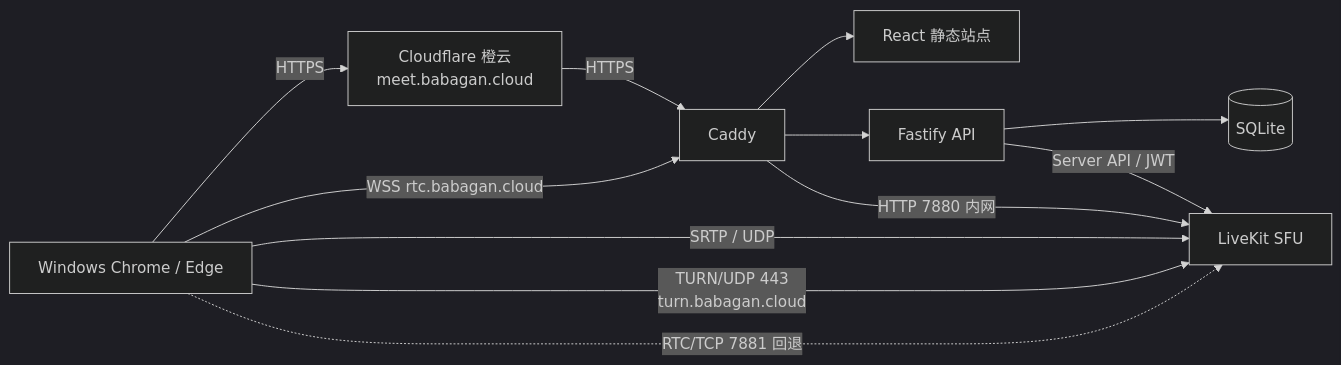
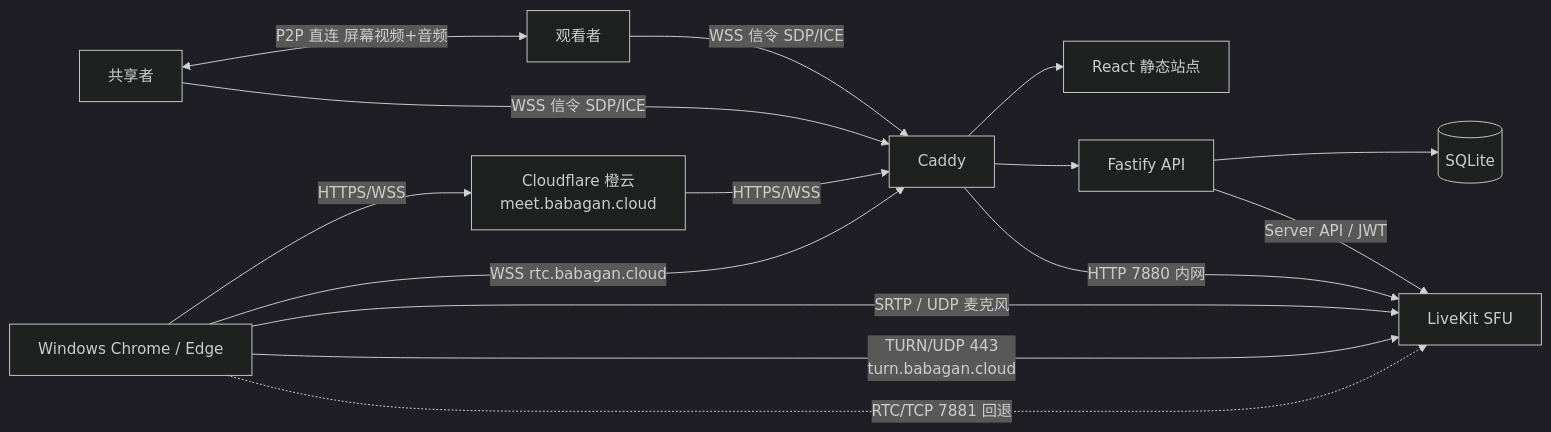
The first of 2 diagrams in docs/02-technical-architecture.md (luorguanghui/babagan-web-meeting), drawn with Mermaid (dark theme) before and after one commit. The commit also changed other lines of this file and 8 other files, not shown here.

````diff
--- a/docs/02-technical-architecture.md
+++ b/docs/02-technical-architecture.md
@@ -5,14 +5,17 @@
 ```mermaid
 flowchart LR
-    U[Windows Chrome / Edge] -->|HTTPS| CF[Cloudflare 橙云\nmeet.babagan.cloud]
-    CF -->|HTTPS| C[Caddy]
+    U[Windows Chrome / Edge] -->|HTTPS/WSS| CF[Cloudflare 橙云\nmeet.babagan.cloud]
+    CF -->|HTTPS/WSS| C[Caddy]
     C --> W[React 静态站点]
     C --> A[Fastify API]
     A --> D[(SQLite)]
     A -->|Server API / JWT| L[LiveKit SFU]
+    S[共享者] <-->|"P2P 直连 屏幕视频+音频"| V[观看者]
+    S -->|WSS 信令 SDP/ICE| C
+    V -->|WSS 信令 SDP/ICE| C
     U -->|WSS rtc.babagan.cloud| C
     C -->|HTTP 7880 内网| L
-    U -->|SRTP / UDP| L
+    U -->|SRTP / UDP 麦克风| L
     U -->|TURN/UDP 443\nturn.babagan.cloud| L
     U -.->|RTC/TCP 7881 回退| L
 ```
````
